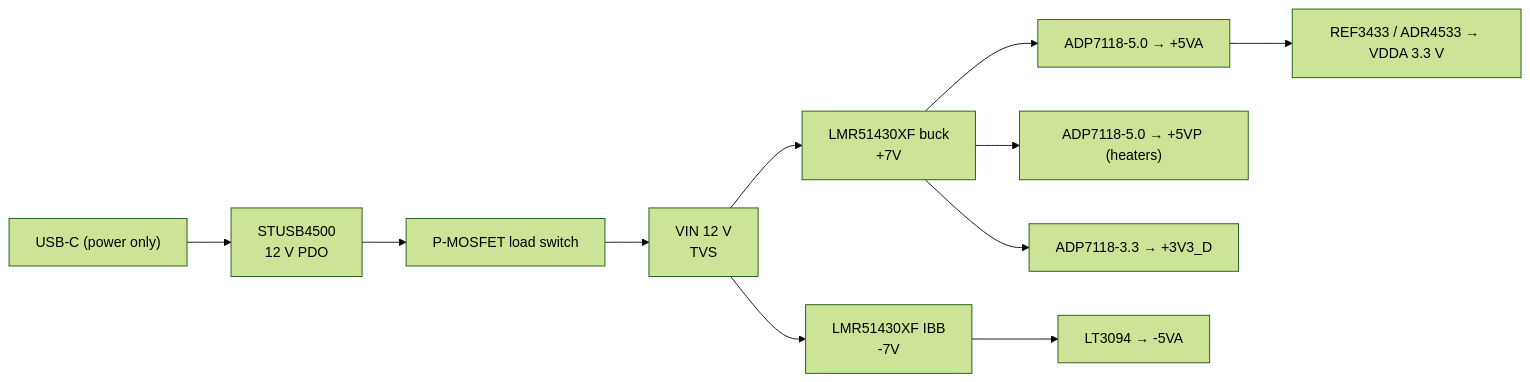
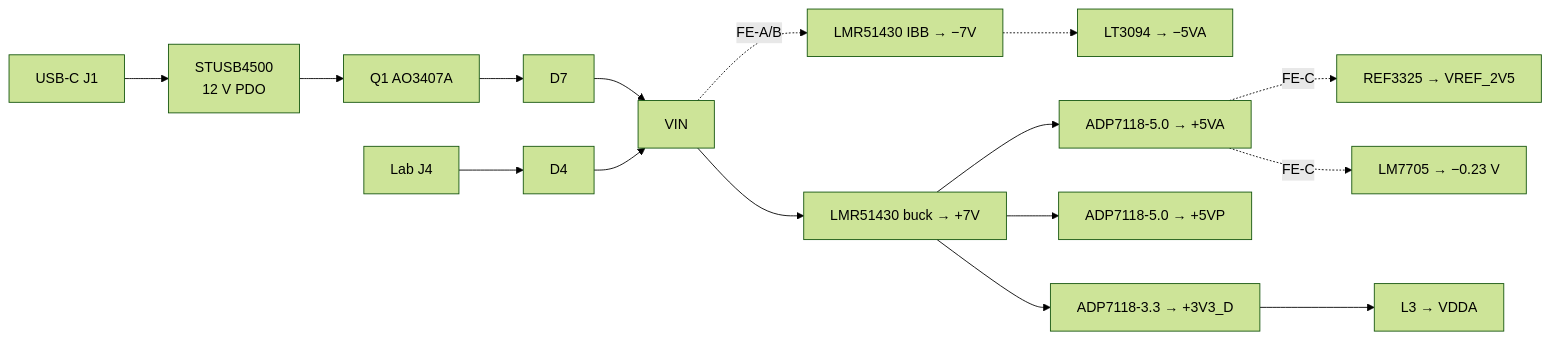
Before and after one commit to elizeltser/GMOS-LIA: the first of 2 diagrams in documets/board_design_docs/schematic_overview.md, drawn with Mermaid (forest theme). The commit also changed other lines of this file and 19 other files, not shown here.

````diff
--- a/documets/board_design_docs/schematic_overview.md
+++ b/documets/board_design_docs/schematic_overview.md
@@ -79,12 +80,12 @@
 ```mermaid
 flowchart LR
-    USB["USB-C (power only)"] --> PD["STUSB4500<br/>12 V PDO"]
-    PD --> SW["P-MOSFET load switch"] --> VIN["VIN 12 V<br/>TVS"]
-    VIN --> BUCK["LMR51430XF buck<br/>+7V"]
-    VIN --> IBB["LMR51430XF IBB<br/>-7V"]
-    BUCK --> LDO5A["ADP7118-5.0 → +5VA"]
-    BUCK --> LDO5P["ADP7118-5.0 → +5VP (heaters)"]
-    BUCK --> LDO33["ADP7118-3.3 → +3V3_D"]
-    LDO5A --> VREF["REF3433 / ADR4533 → VDDA 3.3 V"]
-    IBB --> LDON5["LT3094 → -5VA"]
+    USB["USB-C J1"] --> PD["STUSB4500<br/>12 V PDO"] --> Q1["Q1 AO3407A"] --> D7["D7"] --> VIN["VIN"]
+    LAB["Lab J4"] --> D4["D4"] --> VIN
+    VIN --> BUCK["LMR51430 buck → +7V"]
+    VIN -.->|"FE-A/B"| IBB["LMR51430 IBB → −7V"] -.-> LT["LT3094 → −5VA"]
+    BUCK --> L5A["ADP7118-5.0 → +5VA"]
+    BUCK --> L5P["ADP7118-5.0 → +5VP"]
+    BUCK --> L33["ADP7118-3.3 → +3V3_D"] --> FB["L3 → VDDA"]
+    L5A -.->|"FE-C"| REF["REF3325 → VREF_2V5"]
+    L5A -.->|"FE-C"| NEG["LM7705 → −0.23 V"]
 ```
````
